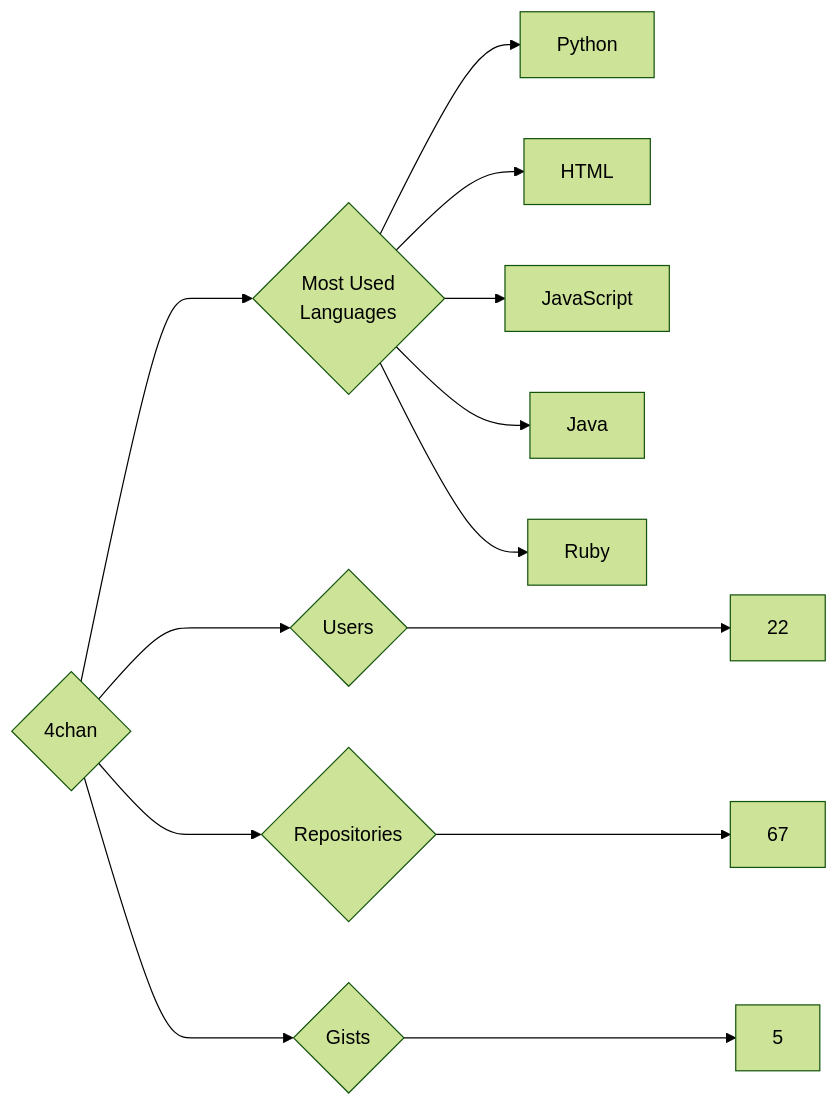
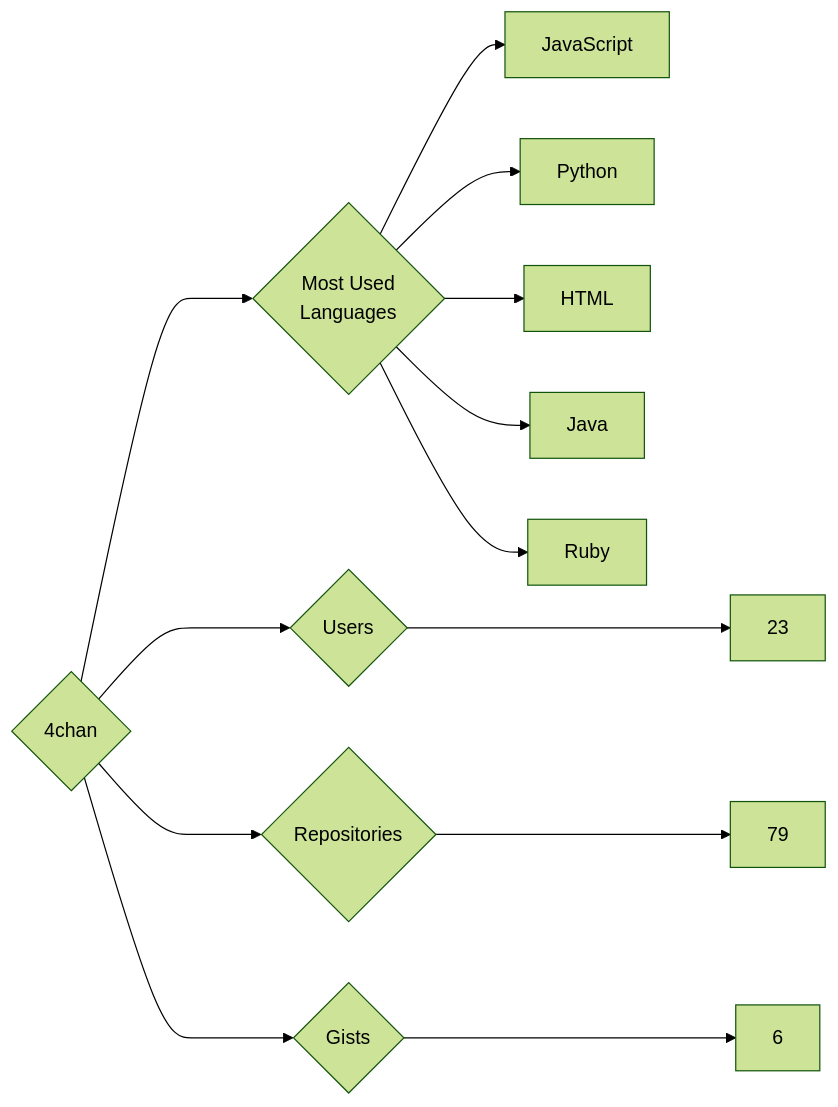
The diagram in targets/4chan/README.md (trickest/insiders), drawn with Mermaid (forest theme) before and after one commit. The commit also changed 718 other files, not shown here.

````diff
--- a/targets/4chan/README.md
+++ b/targets/4chan/README.md
@@ -3,13 +3,13 @@
 ```mermaid
 graph LR
 COMPANY_NAME{4chan}
-COMPANY_NAME ---> U{Users} ---> UN[22]
-COMPANY_NAME ---> R{Repositories} ---> RN[67]
-COMPANY_NAME ---> G{Gists} ---> GN[5]
+COMPANY_NAME ---> U{Users} ---> UN[23]
+COMPANY_NAME ---> R{Repositories} ---> RN[79]
+COMPANY_NAME ---> G{Gists} ---> GN[6]
 COMPANY_NAME ---> ML{Most Used<br>Languages}
+ML --> JavaScript[JavaScript]
 ML --> Python[Python]
 ML --> HTML[HTML]
-ML --> JavaScript[JavaScript]
 ML --> Java[Java]
 ML --> Ruby[Ruby]
 ```
````
